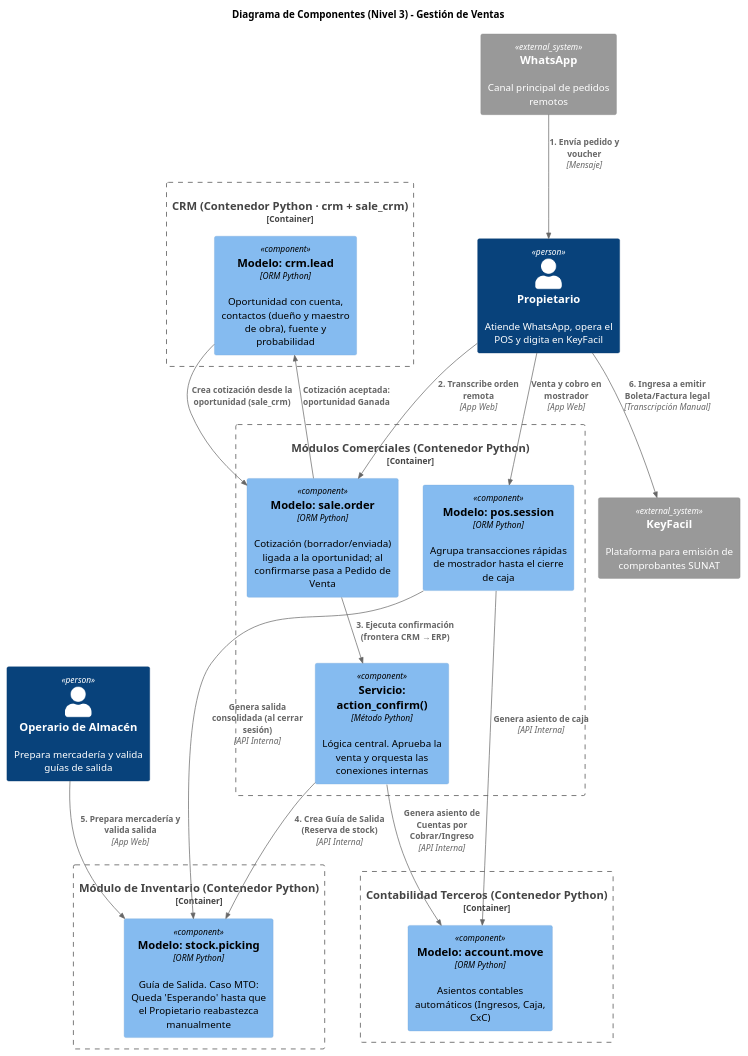
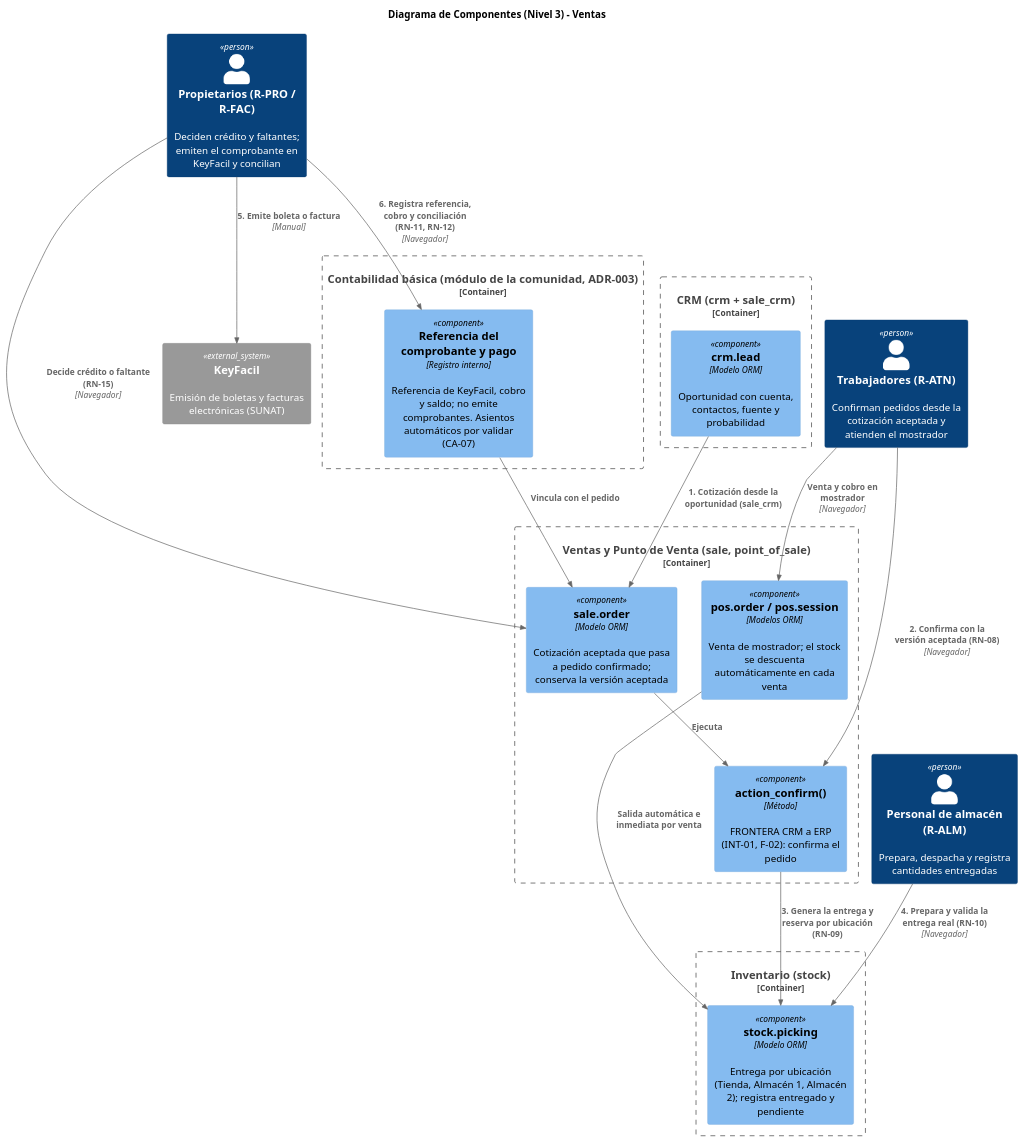
One commit to dieg0-29/migal-erp changed the diagram in arquitectura/vistas/c4/fuentes/componentes/ventas.puml. Above: the diagram before and after it, drawn with PlantUML. The commit also changed 10 other files, not shown here.

Commit message:
docs(vistas): alinear diagramas C4 con los flujos actuales

```diff
--- a/arquitectura/vistas/c4/fuentes/componentes/ventas.puml
+++ b/arquitectura/vistas/c4/fuentes/componentes/ventas.puml
@@ -1,55 +1,43 @@
 @startuml
 !include https://raw.githubusercontent.com/plantuml-stdlib/C4-PlantUML/master/C4_Component.puml
 
-title Diagrama de Componentes (Nivel 3) - Gestión de Ventas
+title Diagrama de Componentes (Nivel 3) - Ventas
 
-' Actores ajustados a la realidad de MIGAL
-Person(prop, "Propietario", "Atiende WhatsApp, opera el POS y digita en KeyFacil")
-Person(alm, "Operario de Almacén", "Prepara mercadería y valida guías de salida")
+' Perfiles del modelo de autorización
+Person(atn, "Trabajadores (R-ATN)", "Confirman pedidos desde la cotización aceptada y atienden el mostrador")
+Person(prop, "Propietarios (R-PRO / R-FAC)", "Deciden crédito y faltantes; emiten el comprobante en KeyFacil y concilian")
+Person(alm, "Personal de almacén (R-ALM)", "Prepara, despacha y registra cantidades entregadas")
 
-' Sistemas Externos (Fuera del ecosistema Odoo)
-System_Ext(whatsapp, "WhatsApp", "Canal principal de pedidos remotos")
-System_Ext(keyfacil, "KeyFacil", "Plataforma para emisión de comprobantes SUNAT")
+System_Ext(keyfacil, "KeyFacil", "Emisión de boletas y facturas electrónicas (SUNAT)")
 
-' v2.1 (PC2): la cotización nace en el CRM (detalle en componentes/crm.puml)
-Container_Boundary(crm_app, "CRM (Contenedor Python · crm + sale_crm)") {
-    Component(crm_lead, "Modelo: crm.lead", "ORM Python", "Oportunidad con cuenta, contactos (dueño y maestro de obra), fuente y probabilidad")
+' La cotización nace en el CRM (detalle en componentes/crm.puml)
+Container_Boundary(crm_app, "CRM (crm + sale_crm)") {
+    Component(crm_lead, "crm.lead", "Modelo ORM", "Oportunidad con cuenta, contactos, fuente y probabilidad")
 }
 
-' Contenedores Comerciales
-Container_Boundary(sales_app, "Módulos Comerciales (Contenedor Python)") {
-    Component(sale_order, "Modelo: sale.order", "ORM Python", "Cotización (borrador/enviada) ligada a la oportunidad; al confirmarse pasa a Pedido de Venta")
-    Component(action_confirm, "Servicio: action_confirm()", "Método Python", "Lógica central. Aprueba la venta y orquesta las conexiones internas")
-    Component(pos_session, "Modelo: pos.session", "ORM Python", "Agrupa transacciones rápidas de mostrador hasta el cierre de caja")
+Container_Boundary(sales_app, "Ventas y Punto de Venta (sale, point_of_sale)") {
+    Component(sale_order, "sale.order", "Modelo ORM", "Cotización aceptada que pasa a pedido confirmado; conserva la versión aceptada")
+    Component(action_confirm, "action_confirm()", "Método", "FRONTERA CRM a ERP (INT-01, F-02): confirma el pedido")
+    Component(pos_order, "pos.order / pos.session", "Modelos ORM", "Venta de mostrador; el stock se descuenta automáticamente en cada venta")
 }
 
-' Contenedor de Inventario
-Container_Boundary(inv_app, "Módulo de Inventario (Contenedor Python)") {
-    Component(stock_picking, "Modelo: stock.picking", "ORM Python", "Guía de Salida. Caso MTO: Queda 'Esperando' hasta que el Propietario reabastezca manualmente")
+Container_Boundary(inv_app, "Inventario (stock)") {
+    Component(stock_picking, "stock.picking", "Modelo ORM", "Entrega por ubicación (Tienda, Almacén 1, Almacén 2); registra entregado y pendiente")
 }
 
-' Contenedor de Contabilidad
-Container_Boundary(acc_app, "Contabilidad Terceros (Contenedor Python)") {
-    Component(account_move, "Modelo: account.move", "ORM Python", "Asientos contables automáticos (Ingresos, Caja, CxC)")
+Container_Boundary(acc_app, "Contabilidad básica (módulo de la comunidad, ADR-003)") {
+    Component(ref_fiscal, "Referencia del comprobante y pago", "Registro interno", "Referencia de KeyFacil, cobro y saldo; no emite comprobantes. Asientos automáticos por validar (CA-07)")
 }
 
-' Flujo de Pedidos (WhatsApp)
-Rel(whatsapp, prop, "1. Envía pedido y voucher", "Mensaje")
-Rel(prop, sale_order, "2. Transcribe orden remota", "App Web")
-Rel(crm_lead, sale_order, "Crea cotización desde la oportunidad (sale_crm)")
-Rel(sale_order, crm_lead, "Cotización aceptada: oportunidad Ganada")
-Rel(sale_order, action_confirm, "3. Ejecuta confirmación (frontera CRM → ERP)")
-
-' Flujo de Punto de Venta (Físico)
-Rel(prop, pos_session, "Venta y cobro en mostrador", "App Web")
-Rel(pos_session, stock_picking, "Genera salida consolidada (al cerrar sesión)", "API Interna")
-Rel(pos_session, account_move, "Genera asiento de caja", "API Interna")
-
-' Orquestación Interna y Despacho
-Rel(action_confirm, stock_picking, "4. Crea Guía de Salida (Reserva de stock)", "API Interna")
-Rel(action_confirm, account_move, "Genera asiento de Cuentas por Cobrar/Ingreso", "API Interna")
-Rel(alm, stock_picking, "5. Prepara mercadería y valida salida", "App Web")
-
-' Desconexión Fiscal (La solución manual)
-Rel(prop, keyfacil, "6. Ingresa a emitir Boleta/Factura legal", "Transcripción Manual")
+Rel(crm_lead, sale_order, "1. Cotización desde la oportunidad (sale_crm)")
+Rel(atn, action_confirm, "2. Confirma con la versión aceptada (RN-08)", "Navegador")
+Rel(sale_order, action_confirm, "Ejecuta")
+Rel(action_confirm, stock_picking, "3. Genera la entrega y reserva por ubicación (RN-09)")
+Rel(prop, sale_order, "Decide crédito o faltante (RN-15)", "Navegador")
+Rel(alm, stock_picking, "4. Prepara y valida la entrega real (RN-10)", "Navegador")
+Rel(atn, pos_order, "Venta y cobro en mostrador", "Navegador")
+Rel(pos_order, stock_picking, "Salida automática e inmediata por venta")
+Rel(prop, keyfacil, "5. Emite boleta o factura", "Manual")
+Rel(prop, ref_fiscal, "6. Registra referencia, cobro y conciliación (RN-11, RN-12)", "Navegador")
+Rel(ref_fiscal, sale_order, "Vincula con el pedido")
 @enduml
```
